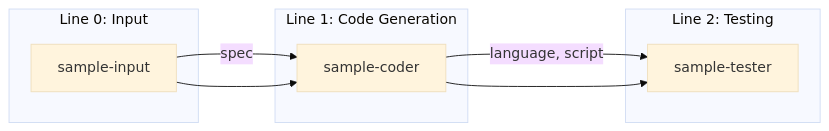
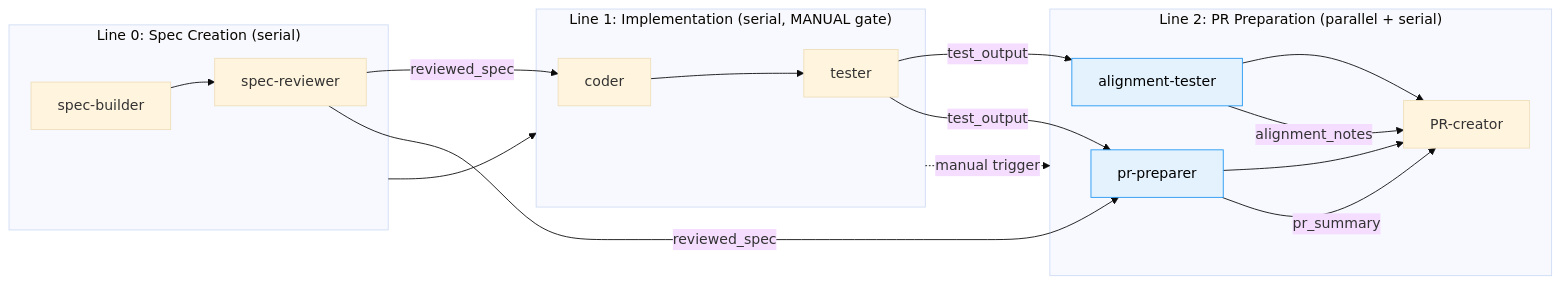
Before and after one commit to AI-Substrate/chainglass: the second of 3 diagrams in docs/plans/028-pos-agentic-cli/tasks/phase-6-e2e-test-and-documentation/tasks.md, drawn with Mermaid (base theme). The commit also changed other lines of this file and 14 other files, not shown here.

First line of the commit message:
feat(positional-graph): complete Phase 6 E2E test and documentation

````diff
--- a/docs/plans/028-pos-agentic-cli/tasks/phase-6-e2e-test-and-documentation/tasks.md
+++ b/docs/plans/028-pos-agentic-cli/tasks/phase-6-e2e-test-and-documentation/tasks.md
@@ -274,23 +285,37 @@
 ```mermaid
 flowchart LR
     classDef complete fill:#4CAF50,stroke:#388E3C,color:#fff
     classDef running fill:#FFC107,stroke:#FFA000,color:#000
     classDef pending fill:#9E9E9E,stroke:#757575,color:#fff
+    classDef parallel fill:#E3F2FD,stroke:#2196F3,color:#000
 
-    subgraph Line0["Line 0: Input"]
-        N1[sample-input]
+    subgraph Line0["Line 0: Spec Creation (serial)"]
+        N1[spec-builder]
+        N2[spec-reviewer]
+        N1 --> N2
     end
 
-    subgraph Line1["Line 1: Code Generation"]
-        N2[sample-coder]
+    subgraph Line1["Line 1: Implementation (serial, MANUAL gate)"]
+        N3[coder]
+        N4[tester]
+        N3 --> N4
     end
 
-    subgraph Line2["Line 2: Testing"]
-        N3[sample-tester]
+    subgraph Line2["Line 2: PR Preparation (parallel + serial)"]
+        N5[alignment-tester]:::parallel
+        N6[pr-preparer]:::parallel
+        N7[PR-creator]
+        N5 --> N7
+        N6 --> N7
     end
 
-    N1 -->|spec| N2
-    N2 -->|language, script| N3
+    N2 -->|reviewed_spec| N3
+    N4 -->|test_output| N5
+    N4 -->|test_output| N6
+    N2 -->|reviewed_spec| N6
+    N5 -->|alignment_notes| N7
+    N6 -->|pr_summary| N7
 
-    N1 --> N2 --> N3
+    Line0 --> Line1
+    Line1 -.->|manual trigger| Line2
 ```
````
